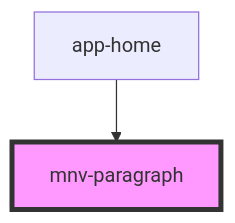
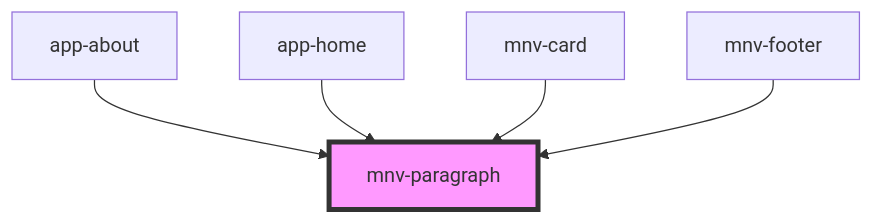
The diagram in src/components/typography/mnv-paragraph/readme.md (rafaela-vairo/ufrj-sustainable), drawn with Mermaid before and after one commit. The commit also changed other lines of this file and 25 other files, not shown here.

````diff
--- a/src/components/typography/mnv-paragraph/readme.md
+++ b/src/components/typography/mnv-paragraph/readme.md
@@ -23,5 +26,8 @@
 ```mermaid
 graph TD;
+  app-about --> mnv-paragraph
   app-home --> mnv-paragraph
+  mnv-card --> mnv-paragraph
+  mnv-footer --> mnv-paragraph
   style mnv-paragraph fill:#f9f,stroke:#333,stroke-width:4px
 ```
````
